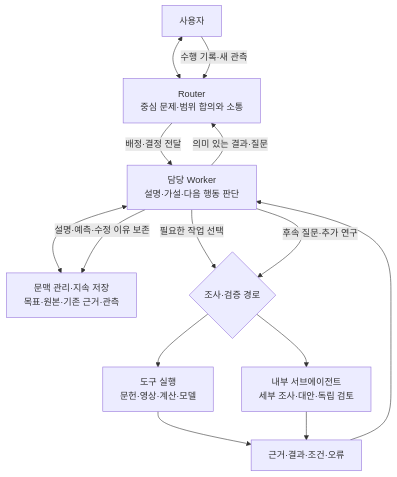
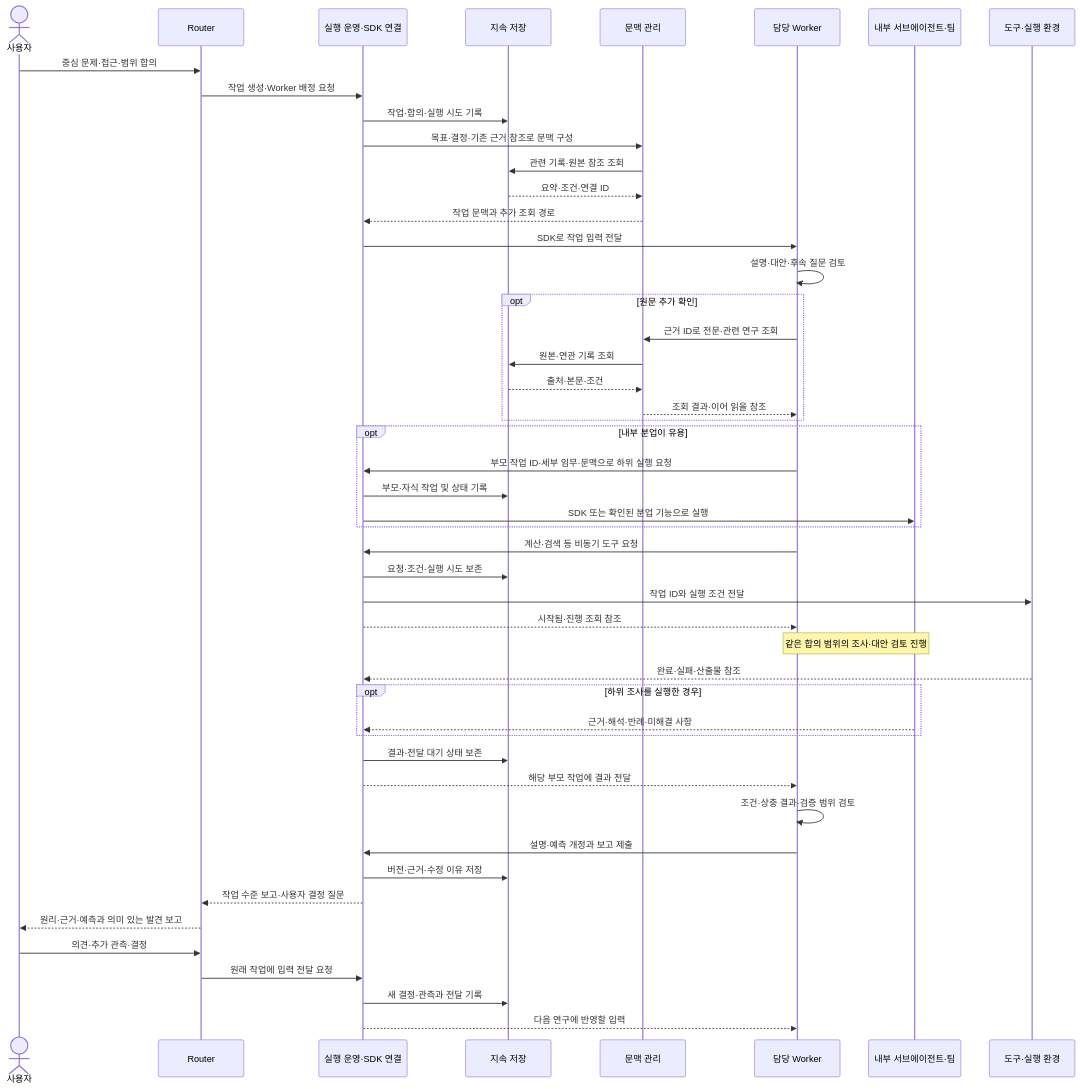
One commit to Rmayana/frontier-research-harness changed the tenth of 11 diagrams in docs/ARCHITECTURE.md. Above: the diagram before and after it, drawn with Mermaid. The commit also changed other lines of this file and 1 other file, not shown here.

````diff
--- a/docs/ARCHITECTURE.md
+++ b/docs/ARCHITECTURE.md
@@ -220,16 +385,51 @@
 ```mermaid
-flowchart TD
-    U["사용자"] <--> R["Router<br/>중심 문제·범위 합의와 소통"]
-    R -->|배정·결정 전달| W["담당 Worker<br/>설명·가설·다음 행동 판단"]
-    W <--> C["문맥 관리·지속 저장<br/>목표·원본·기존 근거·관측"]
-    W -->|필요한 작업 선택| A{"조사·검증 경로"}
-    A --> T["도구 실행<br/>문헌·영상·계산·모델"]
-    A --> SUB["내부 서브에이전트<br/>세부 조사·대안·독립 검토"]
-    T --> RESULT["근거·결과·조건·오류"]
-    SUB --> RESULT
-    RESULT --> W
-    W -->|설명·예측·수정 이유 보존| C
-    W -->|후속 질문·추가 연구| A
-    W -->|의미 있는 결과·질문| R
-    U -->|수행 기록·새 관측| R
+sequenceDiagram
+    actor U as 사용자
+    participant R as Router
+    participant O as 실행 운영·SDK 연결
+    participant S as 지속 저장
+    participant C as 문맥 관리
+    participant W as 담당 Worker
+    participant A as 내부 서브에이전트·팀
+    participant E as 도구·실행 환경
+    U->>R: 중심 문제·접근·범위 합의
+    R->>O: 작업 생성·Worker 배정 요청
+    O->>S: 작업·합의·실행 시도 기록
+    O->>C: 목표·결정·기존 근거 참조로 문맥 구성
+    C->>S: 관련 기록·원본 참조 조회
+    S-->>C: 요약·조건·연결 ID
+    C-->>O: 작업 문맥과 추가 조회 경로
+    O->>W: SDK로 작업 입력 전달
+    W->>W: 설명·대안·후속 질문 검토
+    opt 원문 추가 확인
+        W->>C: 근거 ID로 전문·관련 연구 조회
+        C->>S: 원본·연관 기록 조회
+        S-->>C: 출처·본문·조건
+        C-->>W: 조회 결과·이어 읽을 참조
+    end
+    opt 내부 분업이 유용
+        W->>O: 부모 작업 ID·세부 임무·문맥으로 하위 실행 요청
+        O->>S: 부모·자식 작업 및 상태 기록
+        O->>A: SDK 또는 확인된 분업 기능으로 실행
+    end
+    W->>O: 계산·검색 등 비동기 도구 요청
+    O->>S: 요청·조건·실행 시도 보존
+    O->>E: 작업 ID와 실행 조건 전달
+    O-->>W: 시작됨·진행 조회 참조
+    Note over W,A: 같은 합의 범위의 조사·대안 검토 진행
+    E-->>O: 완료·실패·산출물 참조
+    opt 하위 조사를 실행한 경우
+        A-->>O: 근거·해석·반례·미해결 사항
+    end
+    O->>S: 결과·전달 대기 상태 보존
+    O-->>W: 해당 부모 작업에 결과 전달
+    W->>W: 조건·상충 결과·검증 범위 검토
+    W->>O: 설명·예측 개정과 보고 제출
+    O->>S: 버전·근거·수정 이유 저장
+    O-->>R: 작업 수준 보고·사용자 결정 질문
+    R-->>U: 원리·근거·예측과 의미 있는 발견 보고
+    U->>R: 의견·추가 관측·결정
+    R->>O: 원래 작업에 입력 전달 요청
+    O->>S: 새 결정·관측과 전달 기록
+    O-->>W: 다음 연구에 반영할 입력
 ```
````
